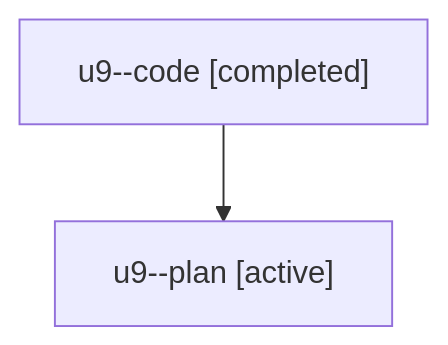
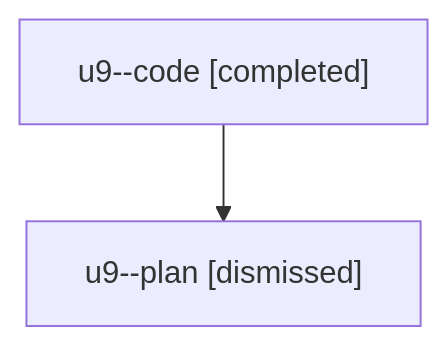
One commit to sase-org/sase--agents changed the diagram in sessions/bbugyi200.athena.u9.md. Above: the diagram before and after it, drawn with Mermaid. The commit also changed other lines of this file and 24 other files, not shown here.

````diff
--- a/sessions/bbugyi200.athena.u9.md
+++ b/sessions/bbugyi200.athena.u9.md
@@ -9,6 +9,6 @@
 ```mermaid
 flowchart TD
   n0["u9--code [completed]"]
-  n1["u9--plan [active]"]
+  n1["u9--plan [dismissed]"]
   n0 --> n1
 ```
````
